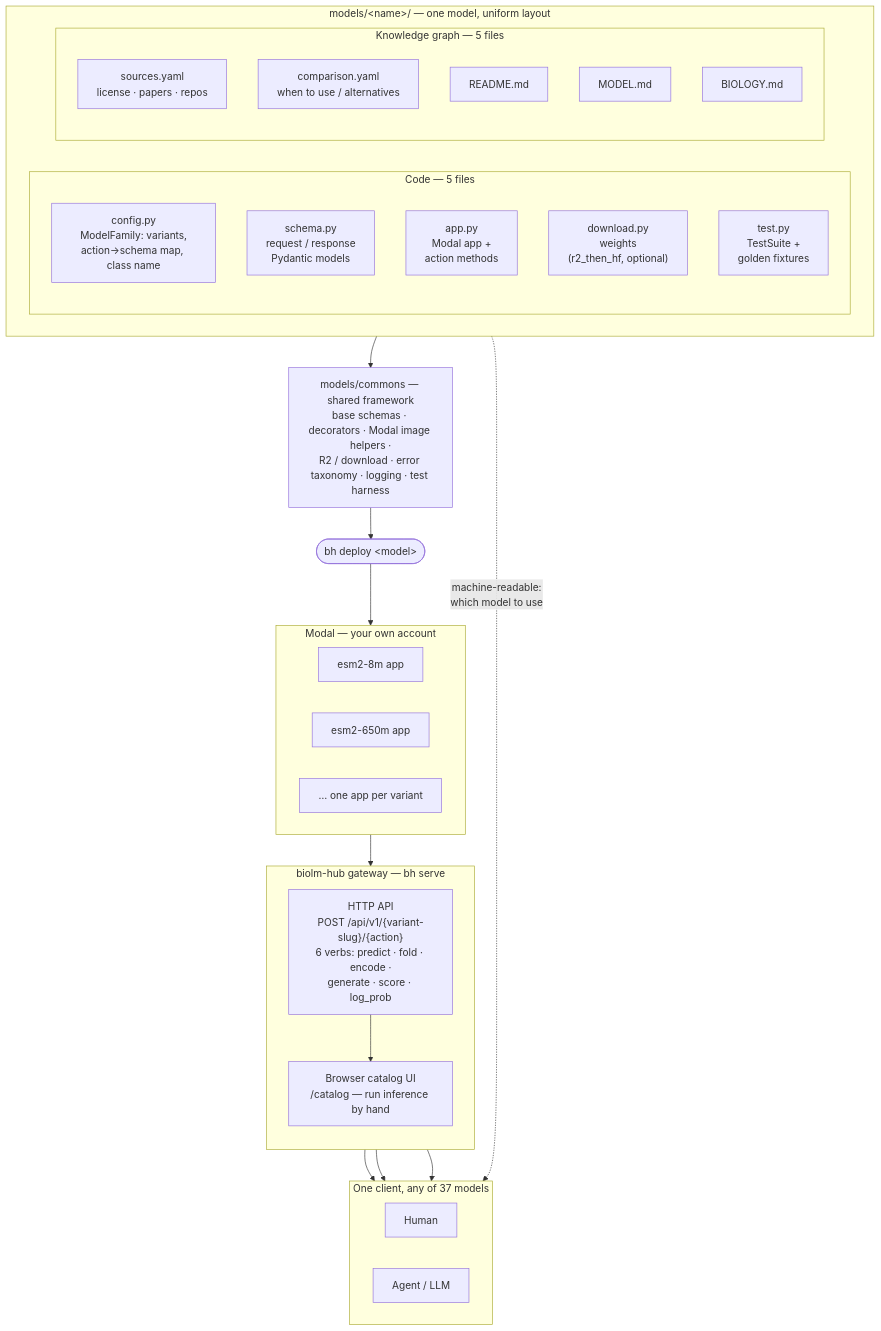
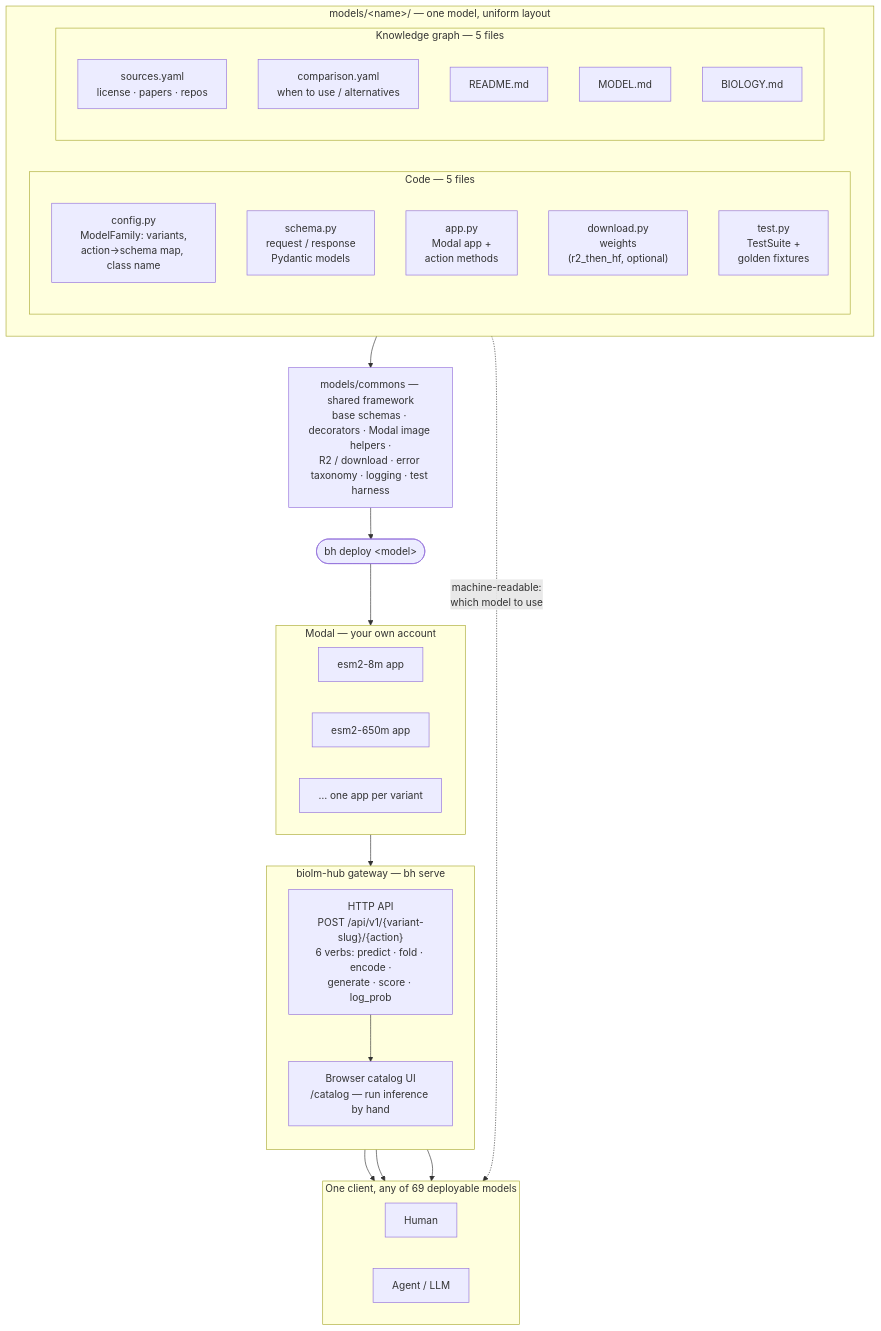
One commit to BioLM/biolm-hub changed the diagram in docs/media/architecture.md. Above: the diagram before and after it, drawn with Mermaid. The commit also changed 4 other files, not shown here.

````diff
--- a/docs/media/architecture.md
+++ b/docs/media/architecture.md
@@ -8,55 +8,55 @@
 ```mermaid
 flowchart TD
     subgraph MODEL["models/&lt;name&gt;/ — one model, uniform layout"]
         direction LR
         subgraph CODE["Code — 5 files"]
             direction TB
             C1["config.py<br/>ModelFamily: variants,<br/>action→schema map, class name"]
             C2["schema.py<br/>request / response<br/>Pydantic models"]
             C3["app.py<br/>Modal app +<br/>action methods"]
             C4["download.py<br/>weights<br/>(r2_then_hf, optional)"]
             C5["test.py<br/>TestSuite +<br/>golden fixtures"]
         end
         subgraph KG["Knowledge graph — 5 files"]
             direction TB
             K1["sources.yaml<br/>license · papers · repos"]
             K2["comparison.yaml<br/>when to use / alternatives"]
             K3["README.md"]
             K4["MODEL.md"]
             K5["BIOLOGY.md"]
         end
     end
 
     COMMONS["models/commons — shared framework<br/>base schemas · decorators · Modal image helpers ·<br/>R2 / download · error taxonomy · logging · test harness"]
 
     DEPLOY(["bh deploy &lt;model&gt;"])
 
     subgraph MODAL["Modal — your own account"]
         direction LR
         M1["esm2-8m app"]
         M2["esm2-650m app"]
         M3["… one app per variant"]
     end
 
     subgraph GW["biolm-hub gateway — bh serve"]
         direction TB
         API["HTTP API<br/>POST /api/v1/{variant-slug}/{action}<br/>6 verbs: predict · fold · encode ·<br/>generate · score · log_prob"]
         UI["Browser catalog UI<br/>/catalog — run inference by hand"]
     end
 
-    subgraph CLIENT["One client, any of 37 models"]
+    subgraph CLIENT["One client, any of 69 deployable models"]
         direction LR
         HUMAN["Human"]
         AGENT["Agent / LLM"]
     end
 
     CODE --> COMMONS
     COMMONS --> DEPLOY
     DEPLOY --> MODAL
     MODAL --> API
     API --> UI
     API --> HUMAN
     API --> AGENT
     UI --> HUMAN
     KG -. "machine-readable:<br/>which model to use" .-> AGENT
 ```
````
